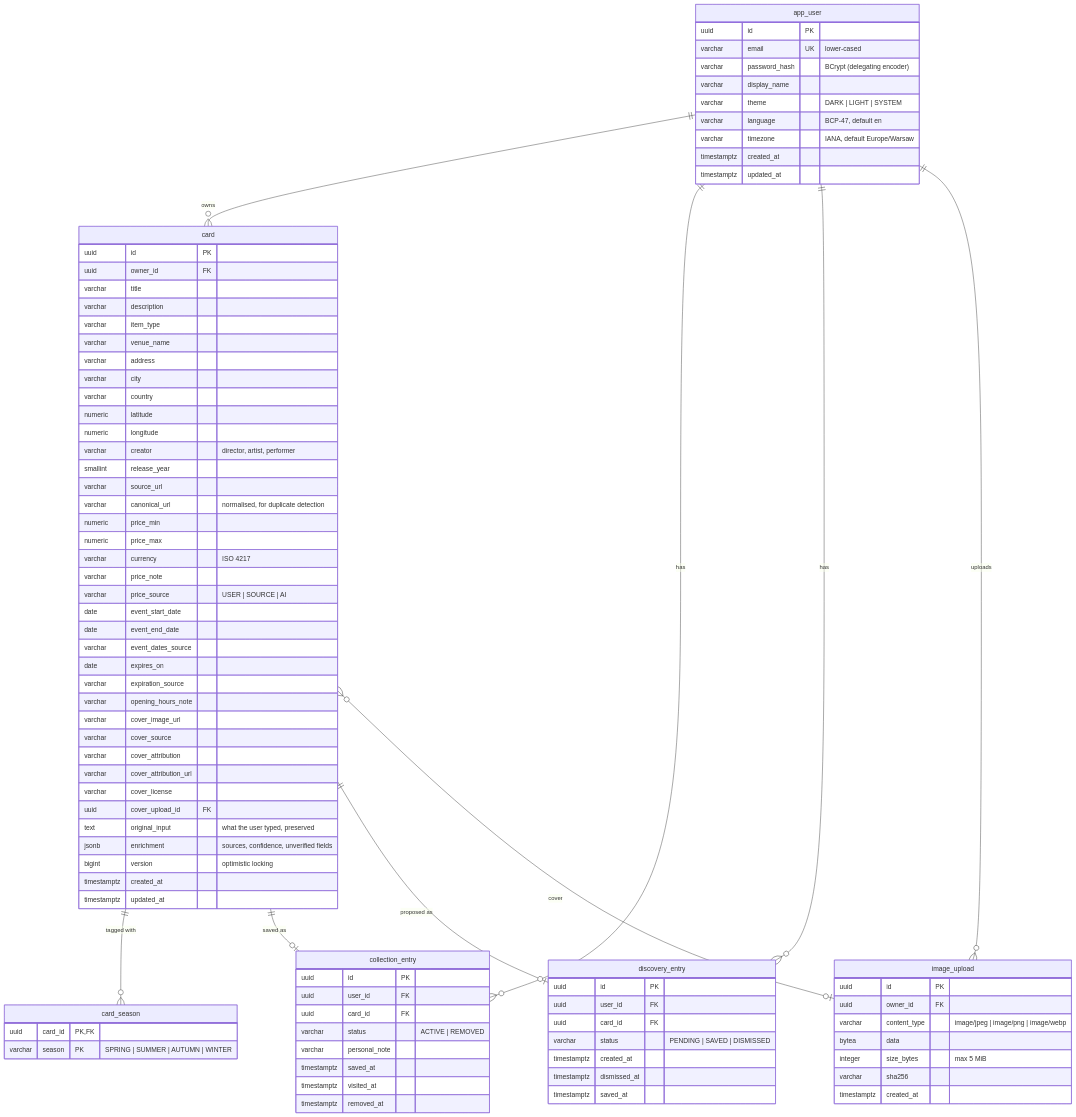
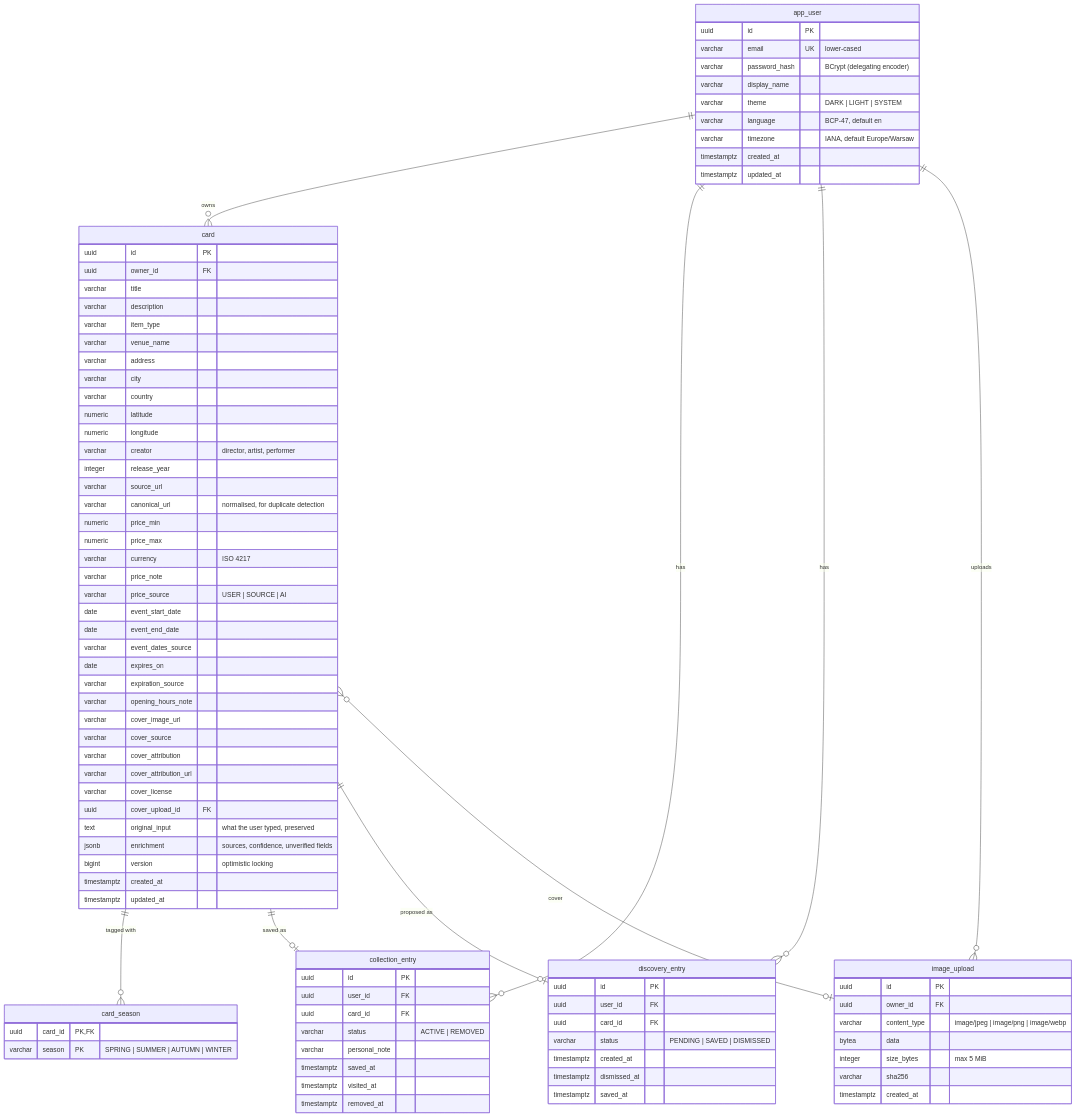
The diagram in docs/data-model.md (anniigr/almanook), drawn with Mermaid before and after one commit. The commit also changed 4 other files, not shown here.

Commit message:
docs: README with real screenshots, diagrams, setup and limitations; align architecture and API docs with the code

```diff
--- a/docs/data-model.md
+++ b/docs/data-model.md
@@ -38,7 +38,7 @@
         numeric latitude
         numeric longitude
         varchar creator "director, artist, performer"
-        smallint release_year
+        integer release_year
         varchar source_url
         varchar canonical_url "normalised, for duplicate detection"
         numeric price_min
```
